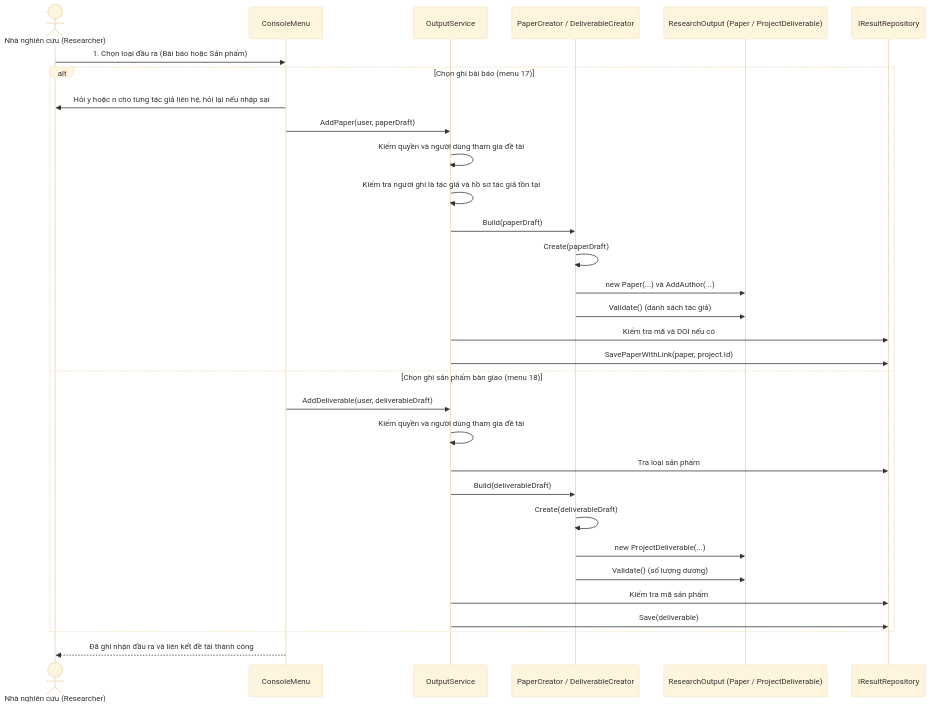
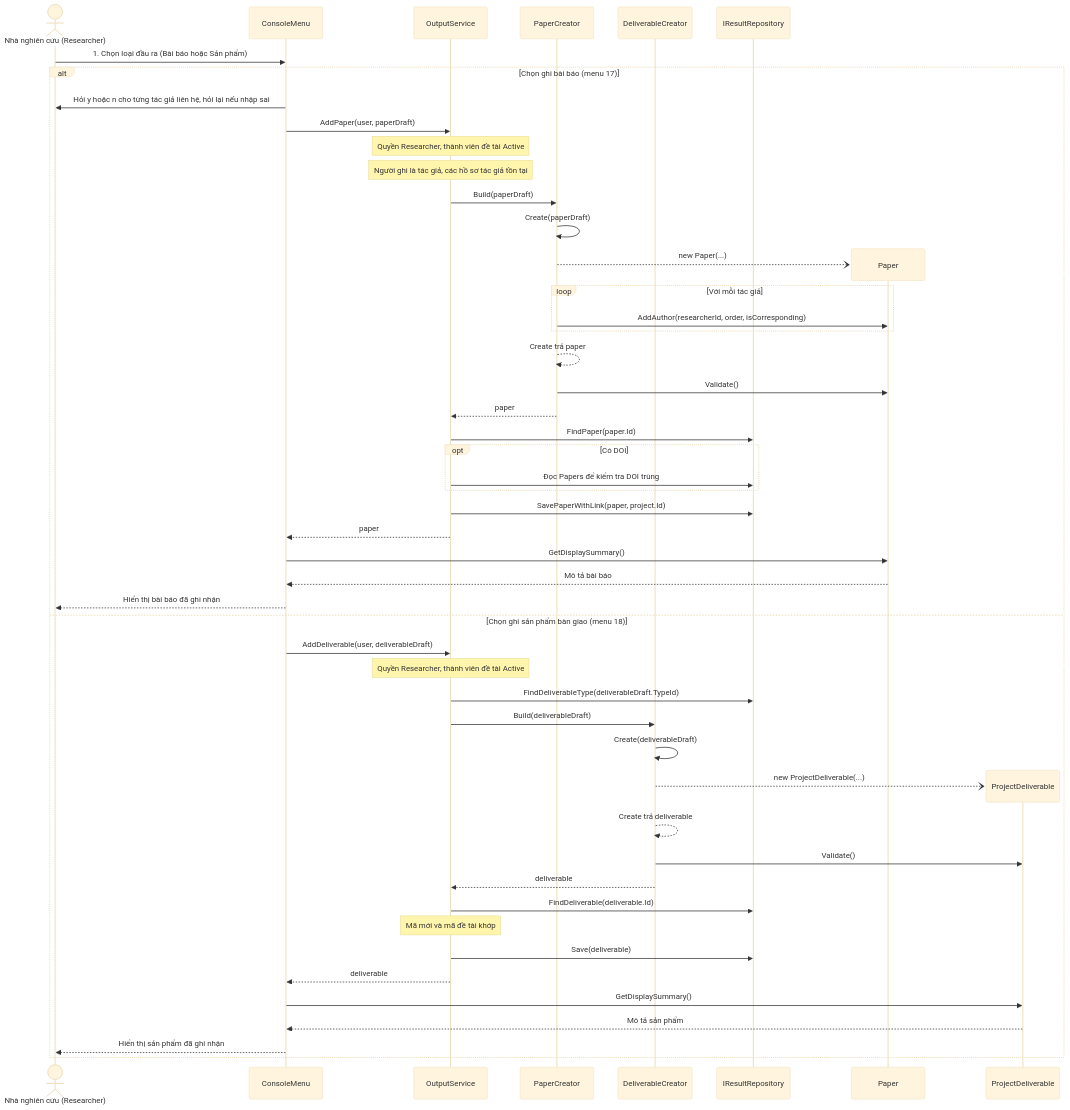
One commit to PKT-zZ/QLNCKH_OOP_FINAL changed the tenth of 10 diagrams in docs/uml.md. Above: the diagram before and after it, drawn with Mermaid (base theme). The commit also changed other lines of this file and 1 other file, not shown here.

Commit message:
docs: align use cases and UML with implementation

````diff
--- a/docs/uml.md
+++ b/docs/uml.md
@@ -718,34 +774,54 @@
 ```mermaid
 sequenceDiagram
     actor NNC as Nhà nghiên cứu (Researcher)
     participant UI as ConsoleMenu
     participant OS as OutputService
-    participant Factory as PaperCreator / DeliverableCreator
-    participant Out as ResearchOutput (Paper / ProjectDeliverable)
+    participant PC as PaperCreator
+    participant DC as DeliverableCreator
     participant Repo as IResultRepository
 
     NNC->>UI: 1. Chọn loại đầu ra (Bài báo hoặc Sản phẩm)
     alt Chọn ghi bài báo (menu 17)
         UI->>NNC: Hỏi y hoặc n cho từng tác giả liên hệ, hỏi lại nếu nhập sai
         UI->>OS: AddPaper(user, paperDraft)
-        OS->>OS: Kiểm quyền và người dùng tham gia đề tài
-        OS->>OS: Kiểm tra người ghi là tác giả và hồ sơ tác giả tồn tại
-        OS->>Factory: Build(paperDraft)
-        Factory->>Factory: Create(paperDraft)
-        Factory->>Out: new Paper(...) và AddAuthor(...)
-        Factory->>Out: Validate() (danh sách tác giả)
-        OS->>Repo: Kiểm tra mã và DOI nếu có
+        Note over OS: Quyền Researcher, thành viên đề tài Active
+        Note over OS: Người ghi là tác giả, các hồ sơ tác giả tồn tại
+        OS->>PC: Build(paperDraft)
+        PC->>PC: Create(paperDraft)
+        create participant Paper as Paper
+        PC--)Paper: new Paper(...)
+        loop Với mỗi tác giả
+            PC->>Paper: AddAuthor(researcherId, order, isCorresponding)
+        end
+        PC-->>PC: Create trả paper
+        PC->>Paper: Validate()
+        PC-->>OS: paper
+        OS->>Repo: FindPaper(paper.Id)
+        opt Có DOI
+            OS->>Repo: Đọc Papers để kiểm tra DOI trùng
+        end
         OS->>Repo: SavePaperWithLink(paper, project.Id)
+        OS-->>UI: paper
+        UI->>Paper: GetDisplaySummary()
+        Paper-->>UI: Mô tả bài báo
+        UI-->>NNC: Hiển thị bài báo đã ghi nhận
     else Chọn ghi sản phẩm bàn giao (menu 18)
         UI->>OS: AddDeliverable(user, deliverableDraft)
-        OS->>OS: Kiểm quyền và người dùng tham gia đề tài
-        OS->>Repo: Tra loại sản phẩm
-        OS->>Factory: Build(deliverableDraft)
-        Factory->>Factory: Create(deliverableDraft)
-        Factory->>Out: new ProjectDeliverable(...)
-        Factory->>Out: Validate() (số lượng dương)
-        OS->>Repo: Kiểm tra mã sản phẩm
+        Note over OS: Quyền Researcher, thành viên đề tài Active
+        OS->>Repo: FindDeliverableType(deliverableDraft.TypeId)
+        OS->>DC: Build(deliverableDraft)
+        DC->>DC: Create(deliverableDraft)
+        create participant Deliverable as ProjectDeliverable
+        DC--)Deliverable: new ProjectDeliverable(...)
+        DC-->>DC: Create trả deliverable
+        DC->>Deliverable: Validate()
+        DC-->>OS: deliverable
+        OS->>Repo: FindDeliverable(deliverable.Id)
+        Note over OS: Mã mới và mã đề tài khớp
         OS->>Repo: Save(deliverable)
+        OS-->>UI: deliverable
+        UI->>Deliverable: GetDisplaySummary()
+        Deliverable-->>UI: Mô tả sản phẩm
+        UI-->>NNC: Hiển thị sản phẩm đã ghi nhận
     end
-    UI-->>NNC: Đã ghi nhận đầu ra và liên kết đề tài thành công
 ```
````
